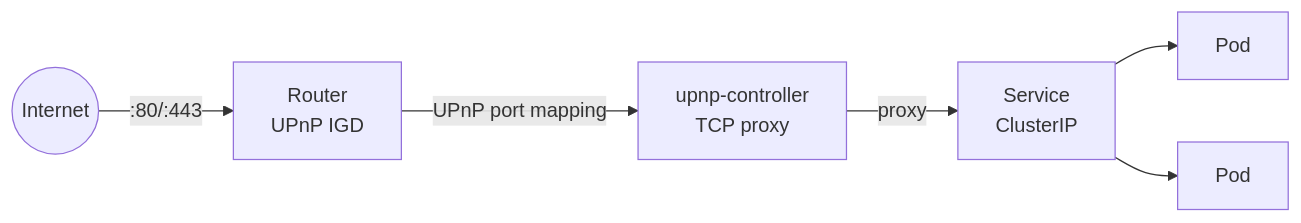
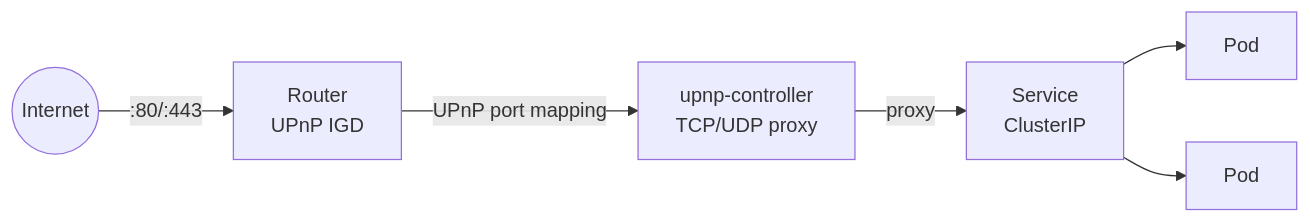
One commit to jeffmoss/upnp-controller changed the first of 2 diagrams in README.md. Above: the diagram before and after it, drawn with Mermaid. The commit also changed other lines of this file and 5 other files, not shown here.

First line of the commit message:
Add UDP proxy support and mixed-protocol service handling

````diff
--- a/README.md
+++ b/README.md
@@ -5,15 +5,15 @@
 ```mermaid
 graph LR
     Internet((Internet))
     Router[Router<br/>UPnP IGD]
-    Controller[upnp-controller<br/>TCP proxy]
+    Controller[upnp-controller<br/>TCP/UDP proxy]
     Service[Service<br/>ClusterIP]
     Pod1[Pod]
     Pod2[Pod]
 
     Internet -->|:80/:443| Router
     Router -->|UPnP port mapping| Controller
     Controller -->|proxy| Service
     Service --> Pod1
     Service --> Pod2
 ```
````
